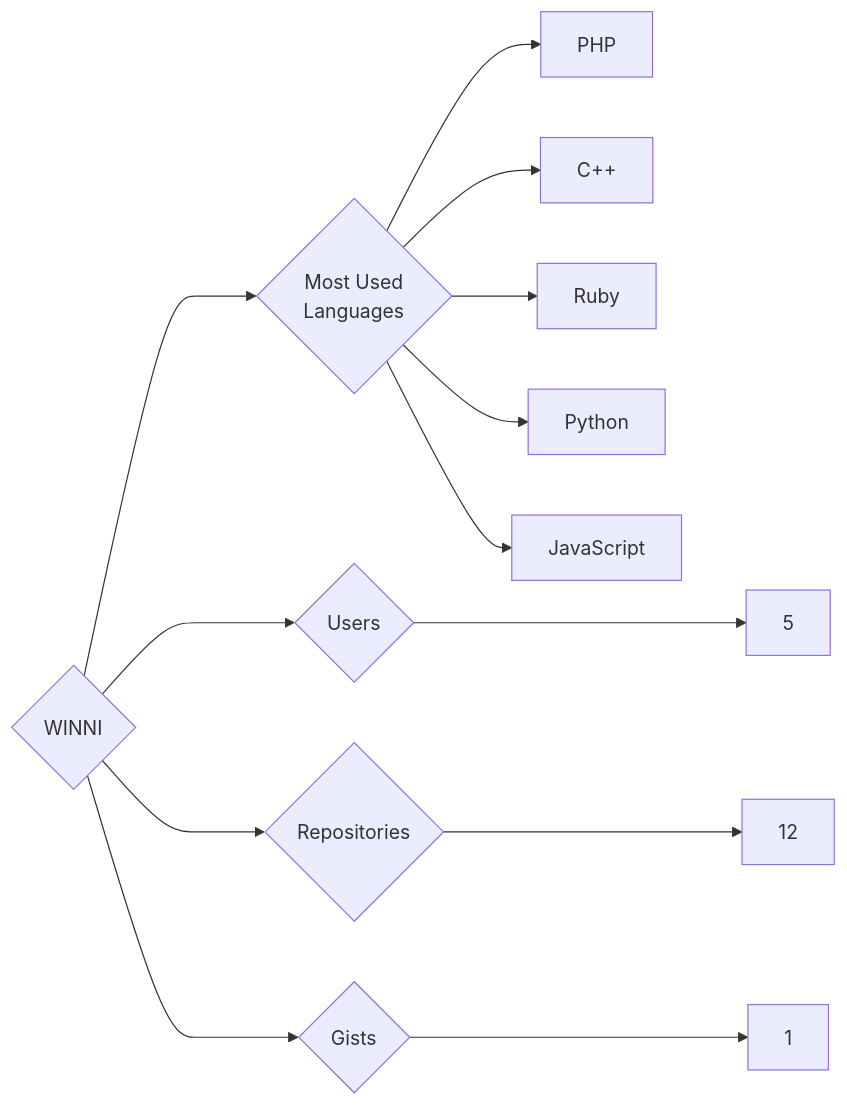
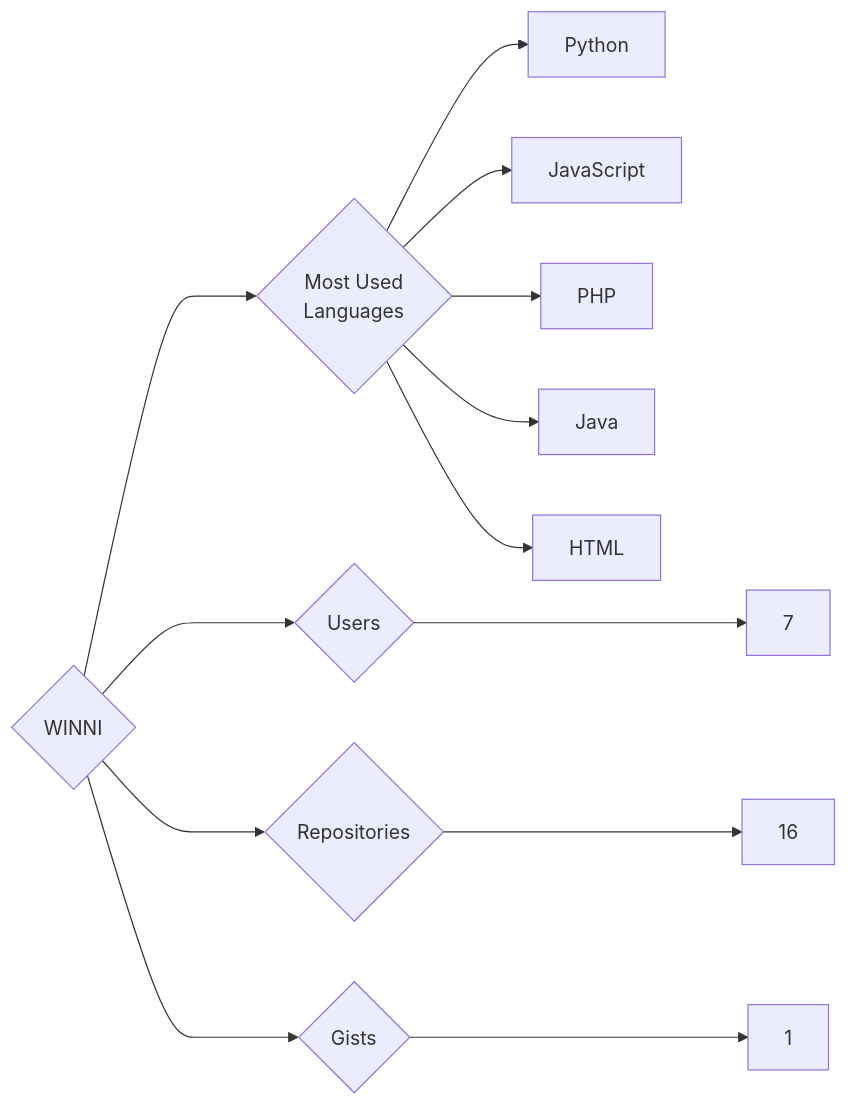
One commit to trickest/insiders changed the diagram in targets/WINNI/README.md. Above: the diagram before and after it, drawn with Mermaid. The commit also changed 948 other files, not shown here.

````diff
--- a/targets/WINNI/README.md
+++ b/targets/WINNI/README.md
@@ -3,13 +3,13 @@
 ```mermaid
 graph LR
 COMPANY_NAME{WINNI}
-COMPANY_NAME ---> U{Users} ---> UN[5]
-COMPANY_NAME ---> R{Repositories} ---> RN[12]
+COMPANY_NAME ---> U{Users} ---> UN[7]
+COMPANY_NAME ---> R{Repositories} ---> RN[16]
 COMPANY_NAME ---> G{Gists} ---> GN[1]
 COMPANY_NAME ---> ML{Most Used<br>Languages}
-ML --> PHP[PHP]
-ML --> C++[C++]
-ML --> Ruby[Ruby]
 ML --> Python[Python]
 ML --> JavaScript[JavaScript]
+ML --> PHP[PHP]
+ML --> Java[Java]
+ML --> HTML[HTML]
 ```
````
